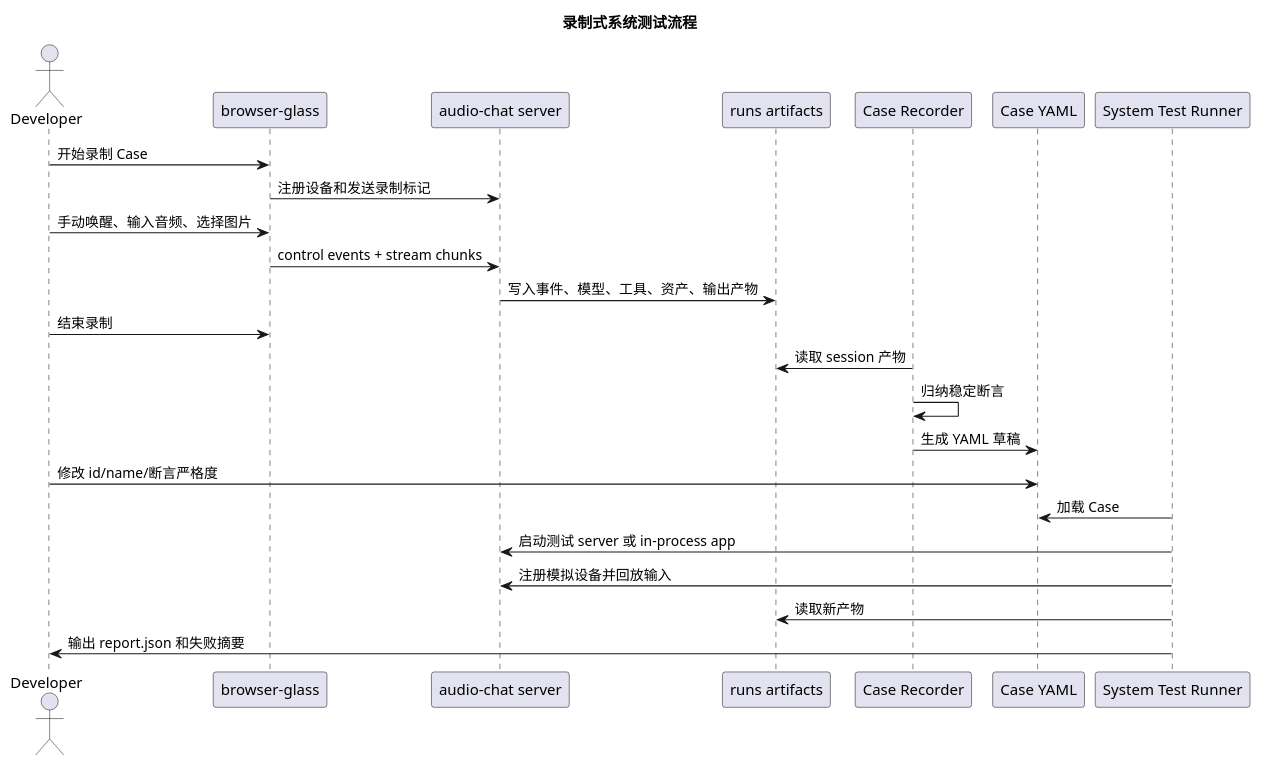
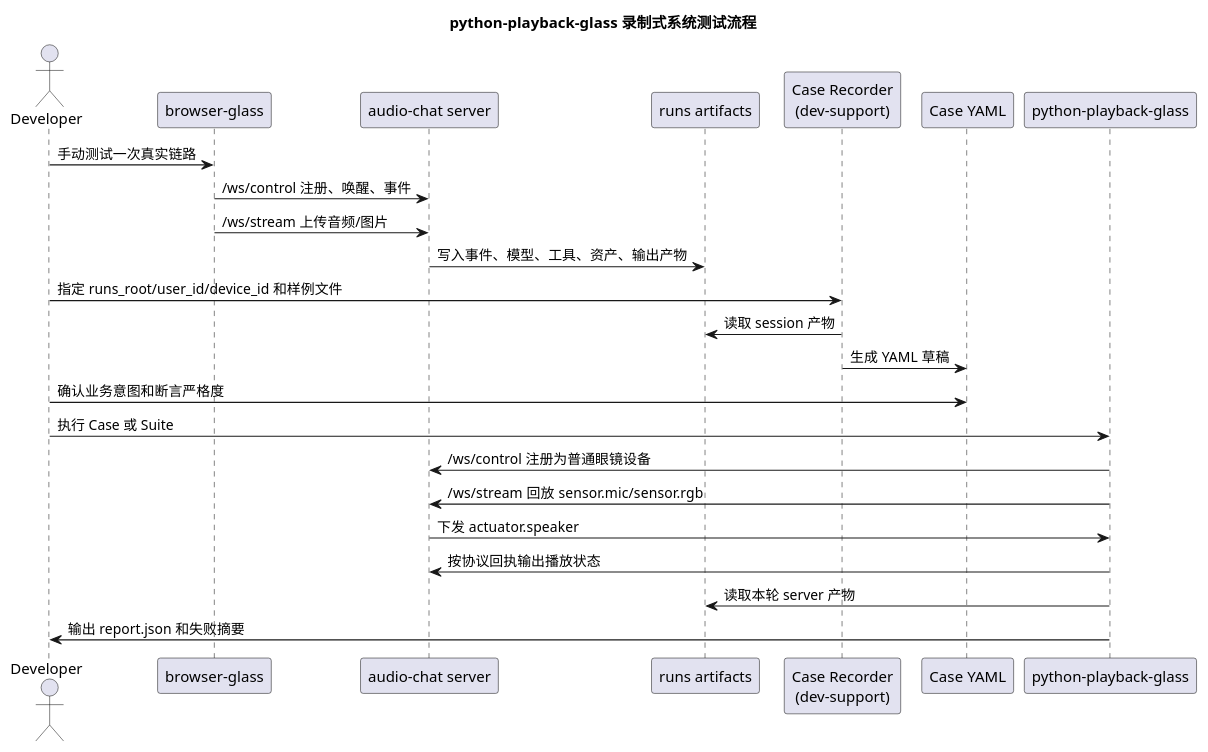
Before and after one commit to HengeLiu/RealtimeAgent: the diagram in examples/dev-support/docs/system-test-recording-design.md, drawn with PlantUML. The commit also changed other lines of this file and 6 other files, not shown here.

````diff
--- a/examples/dev-support/docs/system-test-recording-design.md
+++ b/examples/dev-support/docs/system-test-recording-design.md
@@ -42,29 +68,29 @@
 ```plantuml
 @startuml
-title 录制式系统测试流程
+title python-playback-glass 录制式系统测试流程
 
 actor Developer as Dev
 participant "browser-glass" as Browser
 participant "audio-chat server" as Server
 participant "runs artifacts" as Runs
-participant "Case Recorder" as Recorder
+participant "Case Recorder\n(dev-support)" as Recorder
 participant "Case YAML" as Case
-participant "System Test Runner" as Runner
+participant "python-playback-glass" as Playback
 
-Dev -> Browser: 开始录制 Case
-Browser -> Server: 注册设备和发送录制标记
-Dev -> Browser: 手动唤醒、输入音频、选择图片
-Browser -> Server: control events + stream chunks
+Dev -> Browser: 手动测试一次真实链路
+Browser -> Server: /ws/control 注册、唤醒、事件
+Browser -> Server: /ws/stream 上传音频/图片
 Server -> Runs: 写入事件、模型、工具、资产、输出产物
-Dev -> Browser: 结束录制
+Dev -> Recorder: 指定 runs_root/user_id/device_id 和样例文件
 Recorder -> Runs: 读取 session 产物
-Recorder -> Recorder: 归纳稳定断言
 Recorder -> Case: 生成 YAML 草稿
-Dev -> Case: 修改 id/name/断言严格度
-Runner -> Case: 加载 Case
-Runner -> Server: 启动测试 server 或 in-process app
-Runner -> Server: 注册模拟设备并回放输入
-Runner -> Runs: 读取新产物
-Runner -> Dev: 输出 report.json 和失败摘要
+Dev -> Case: 确认业务意图和断言严格度
+Dev -> Playback: 执行 Case 或 Suite
+Playback -> Server: /ws/control 注册为普通眼镜设备
+Playback -> Server: /ws/stream 回放 sensor.mic/sensor.rgb
+Server -> Playback: 下发 actuator.speaker
+Playback -> Server: 按协议回执输出播放状态
+Playback -> Runs: 读取本轮 server 产物
+Playback -> Dev: 输出 report.json 和失败摘要
 @enduml
 ```
````
